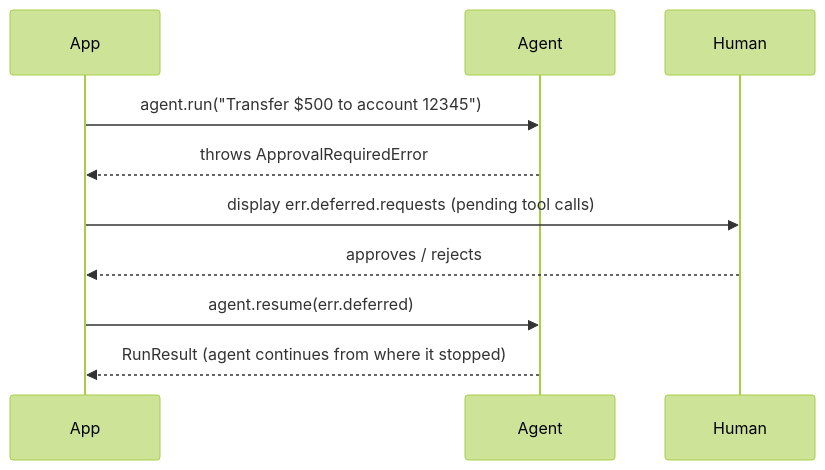
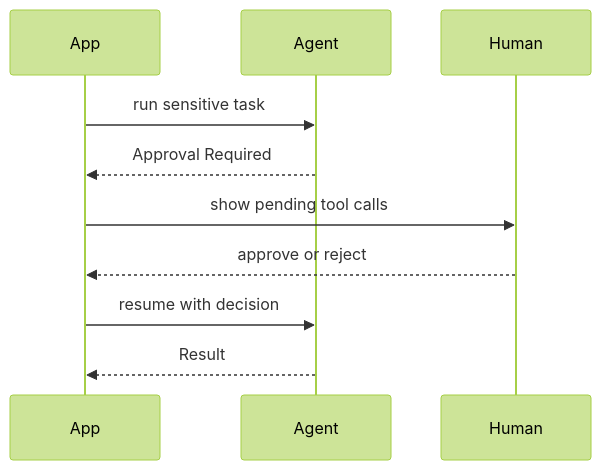
Before and after one commit to a7ul/vibes: the second of 2 diagrams in packages/framework/docs/advanced/error-handling.mdx, drawn with Mermaid (forest theme). The commit also changed other lines of this file and 26 other files, not shown here.

````diff
--- a/packages/framework/docs/advanced/error-handling.mdx
+++ b/packages/framework/docs/advanced/error-handling.mdx
@@ -295,13 +295,13 @@
 ```mermaid
 sequenceDiagram
     participant App
     participant Agent
     participant Human
 
-    App->>Agent: agent.run("Transfer $500 to account 12345")
-    Agent-->>App: throws ApprovalRequiredError
-    App->>Human: display err.deferred.requests (pending tool calls)
-    Human-->>App: approves / rejects
-    App->>Agent: agent.resume(err.deferred)
-    Agent-->>App: RunResult (agent continues from where it stopped)
+    App->>Agent: run sensitive task
+    Agent-->>App: Approval Required
+    App->>Human: show pending tool calls
+    Human-->>App: approve or reject
+    App->>Agent: resume with decision
+    Agent-->>App: Result
 ```
````
